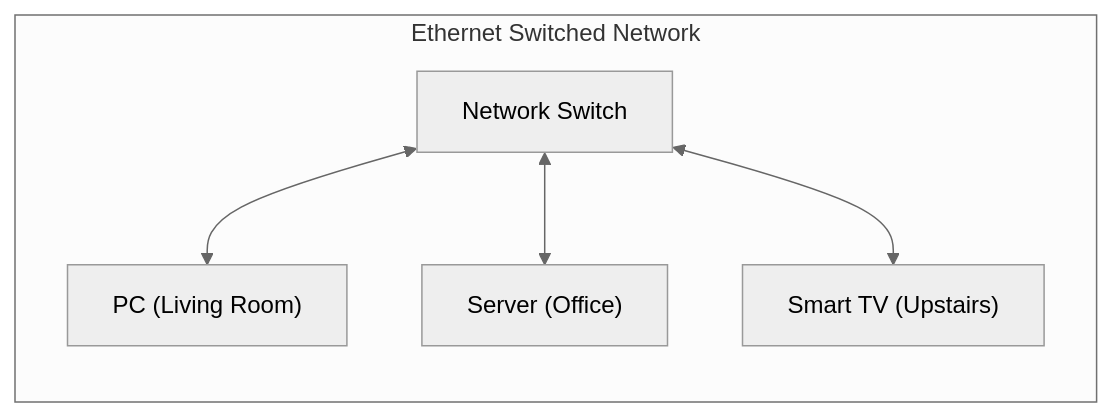
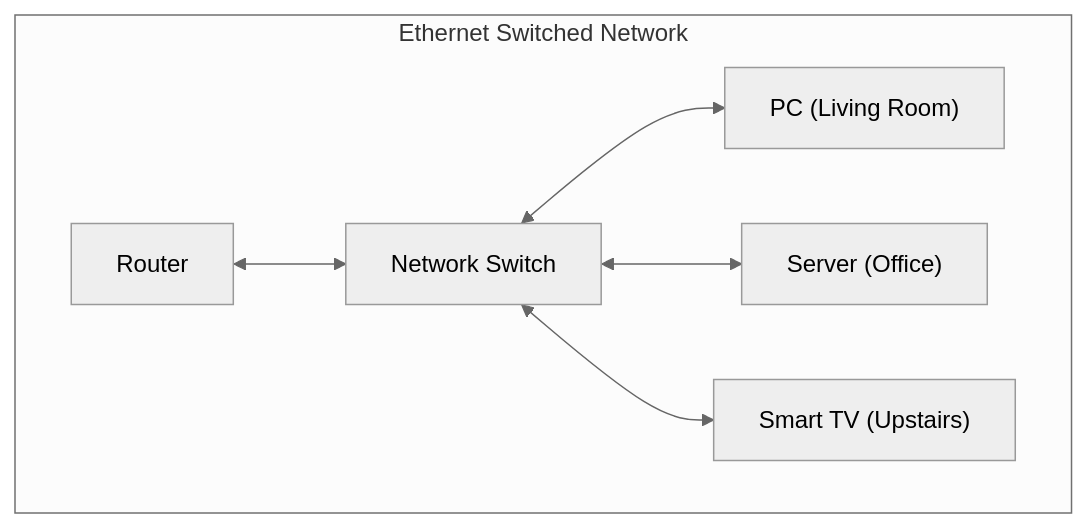
One commit to henryhall897/homelabwiki changed the second of 2 diagrams in public/infrastructure/hardware/moca.md. Above: the diagram before and after it, drawn with Mermaid (neutral theme). The commit also changed other lines of this file, not shown here.

````diff
--- a/public/infrastructure/hardware/moca.md
+++ b/public/infrastructure/hardware/moca.md
@@ -55,14 +55,14 @@
 ```mermaid
 flowchart TB
     subgraph Ethernet_Network["Ethernet Switched Network"]
-        direction TB
+    		R["Router"]
         SW["Network Switch"]
         E1["PC (Living Room)"]
         E2["Server (Office)"]
         E3["Smart TV (Upstairs)"]
-
+				R <--> SW
         SW <--> E1
         SW <--> E2
         SW <--> E3
     end
 ```
````
